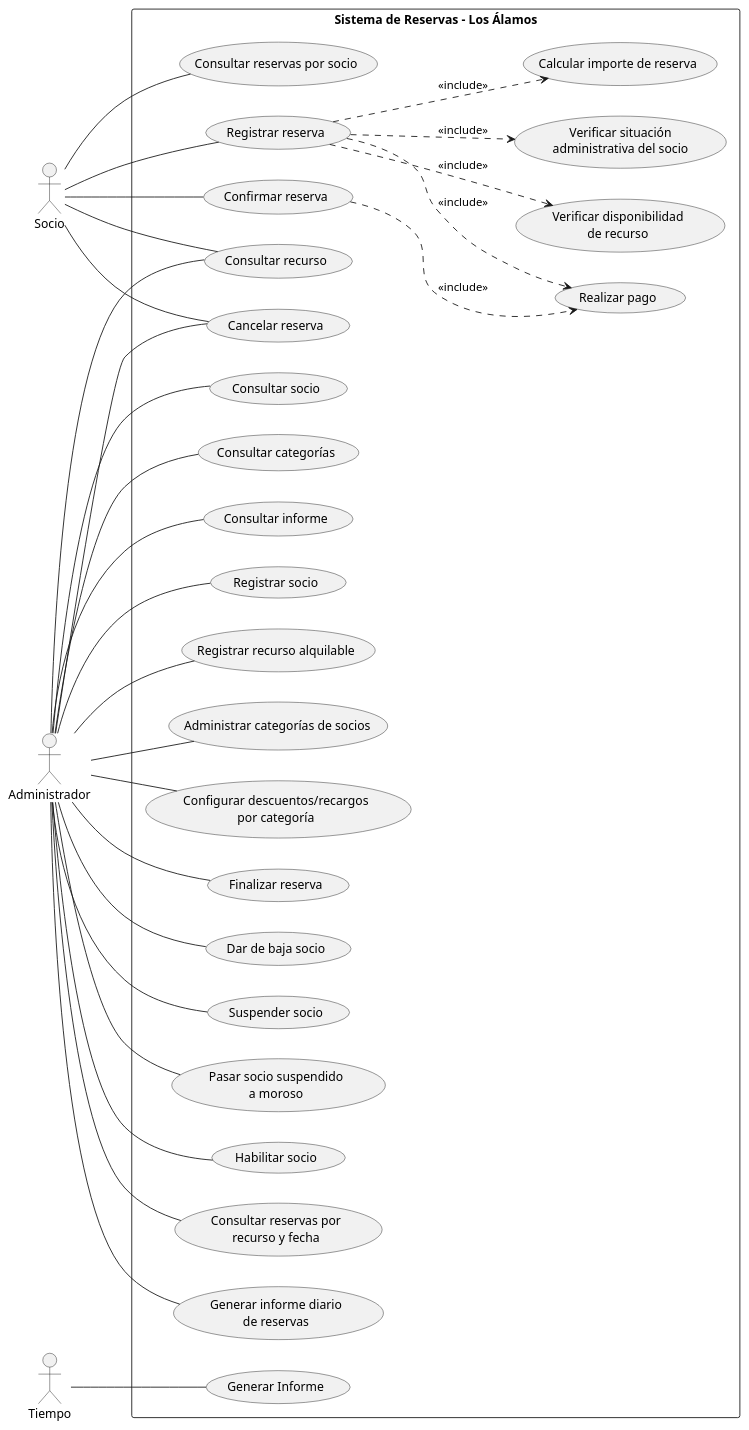
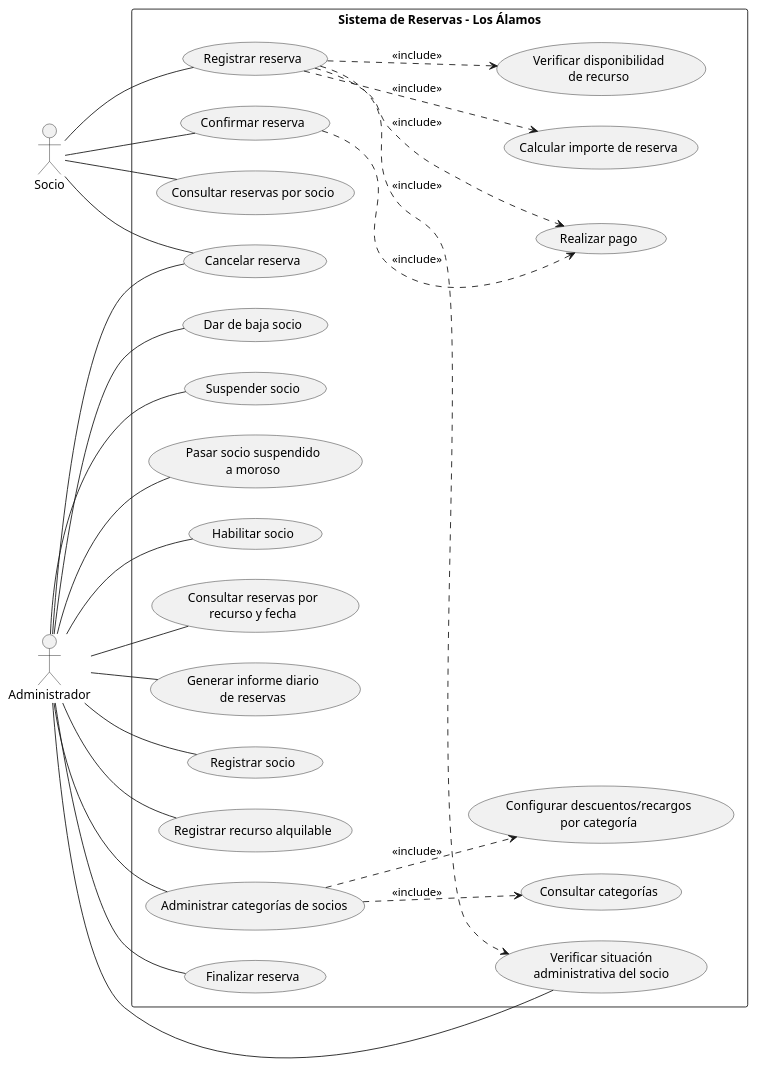
The diagram in docs/casos-de-uso/diagrama-casos-uso.puml (h3l333/proyecto-los-alamos), drawn with PlantUML before and after one commit. The commit also changed 2 other files, not shown here.

Commit message:
Alinea los diagramas de clases y casos de uso con el codigo

```diff
--- a/docs/casos-de-uso/diagrama-casos-uso.puml
+++ b/docs/casos-de-uso/diagrama-casos-uso.puml
@@ -1,72 +1,62 @@
 @startuml diagrama-casos-uso-los-alamos
 
 left to right direction
 skinparam packageStyle rectangle
 
 actor Socio
 actor Administrador as Admin
-actor Tiempo
 
 rectangle "Sistema de Reservas - Los Álamos" {
     usecase "Registrar socio" as CU1
     usecase "Registrar recurso alquilable" as CU2
     usecase "Administrar categorías de socios" as CU3
     usecase "Configurar descuentos/recargos\npor categoría" as CU4
     usecase "Registrar reserva" as CU5
     usecase "Verificar disponibilidad\nde recurso" as CU5a
     usecase "Verificar situación\nadministrativa del socio" as CU5b
     usecase "Calcular importe de reserva" as CU5c
     usecase "Realizar pago" as CU5d
     usecase "Confirmar reserva" as CU6
     usecase "Cancelar reserva" as CU7
     usecase "Finalizar reserva" as CU7a
     usecase "Dar de baja socio" as CU1a
     usecase "Suspender socio" as CU1c
     usecase "Pasar socio suspendido\na moroso" as CU1b
     usecase "Habilitar socio" as CU1d
     usecase "Consultar reservas por socio" as CU8
     usecase "Consultar reservas por\nrecurso y fecha" as CU9
     usecase "Generar informe diario\nde reservas" as CU10
-    usecase "Consultar socio" as CU11
     usecase "Consultar categorías" as CU12
-    usecase "Consultar recurso" as CU13
-    usecase "Consultar informe" as CU14
-    usecase "Generar Informe" as CU15
 }
 
 ' Alias como "Admin", "CU1" y "CU5a" sirven de identificadores internos
 ' dentro del código para posteriormente escribir las relaciones sin repetir
 ' los nombres completos de los CU.
 
 Socio -- CU5
 Socio -- CU6
 Socio -- CU7
 Socio -- CU8
-Socio -- CU13
 
 Admin -- CU1
 Admin -- CU1a
 Admin -- CU1b
 Admin -- CU1c
 Admin -- CU1d
+Admin -- CU5b
 Admin -- CU7a
 Admin -- CU2
 Admin -- CU3
-Admin -- CU4
 Admin -- CU7
 Admin -- CU9
 Admin -- CU10
-Admin -- CU11
-Admin -- CU12
-Admin -- CU13
-Admin -- CU14
 
-Tiempo -- CU15
-
+CU3 ..> CU12 : <<include>>
+CU3 ..> CU4 : <<include>>
 CU5 ..> CU5a : <<include>>
 CU5 ..> CU5b : <<include>>
 CU5 ..> CU5c : <<include>>
 CU5 ..> CU5d : <<include>>
 CU6 ..> CU5d : <<include>>
 
 @enduml
```
